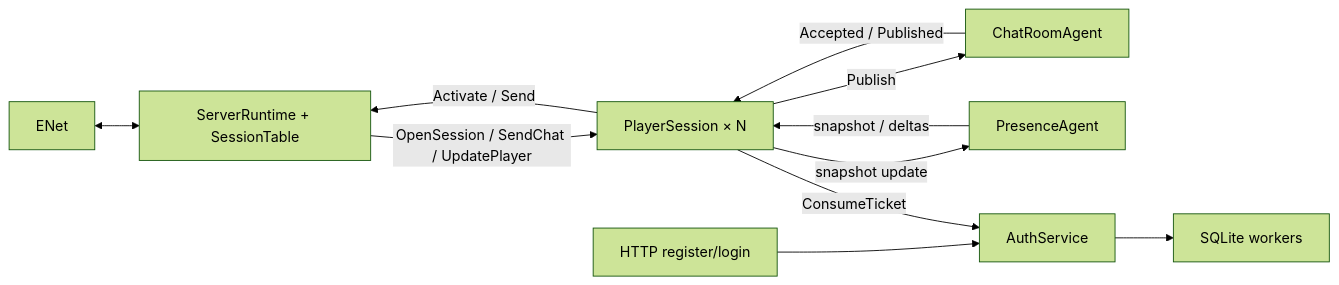
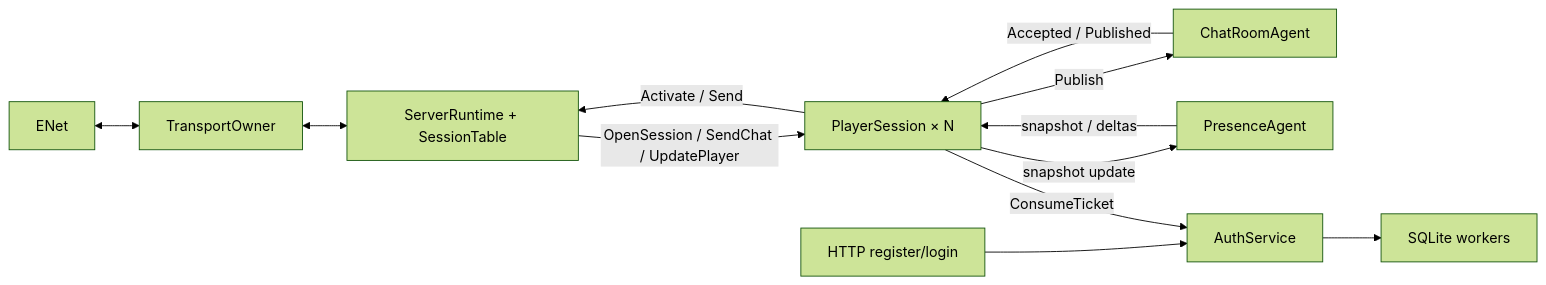
Before and after one commit to Newrite/Dreamsleeve: the diagram in src/Dreamsleeve.Server.Core/README.ru.md, drawn with Mermaid (forest theme). The commit also changed other lines of this file and 31 other files, not shown here.

Commit message:
Replicate periodic poses through bounded ENet owner with reliable lifecycle

````diff
--- a/src/Dreamsleeve.Server.Core/README.ru.md
+++ b/src/Dreamsleeve.Server.Core/README.ru.md
@@ -19,13 +19,14 @@
 ```mermaid
 flowchart LR
-    ENet <--> Runtime[ServerRuntime + SessionTable]
+    ENet <--> Owner[TransportOwner]
+    Owner <--> Runtime[ServerRuntime + SessionTable]
     Runtime -->|OpenSession / SendChat / UpdatePlayer| Player[PlayerSession × N]
     Player -->|Publish| Chat[ChatRoomAgent]
     Chat -->|Accepted / Published| Player
     Player -->|snapshot update| Presence[PresenceAgent]
     Presence -->|snapshot / deltas| Player
     HTTP[HTTP register/login] --> Auth[AuthService]
     Auth --> DB[SQLite workers]
     Player -->|ConsumeTicket| Auth
     Player -->|Activate / Send| Runtime
 ```
````
